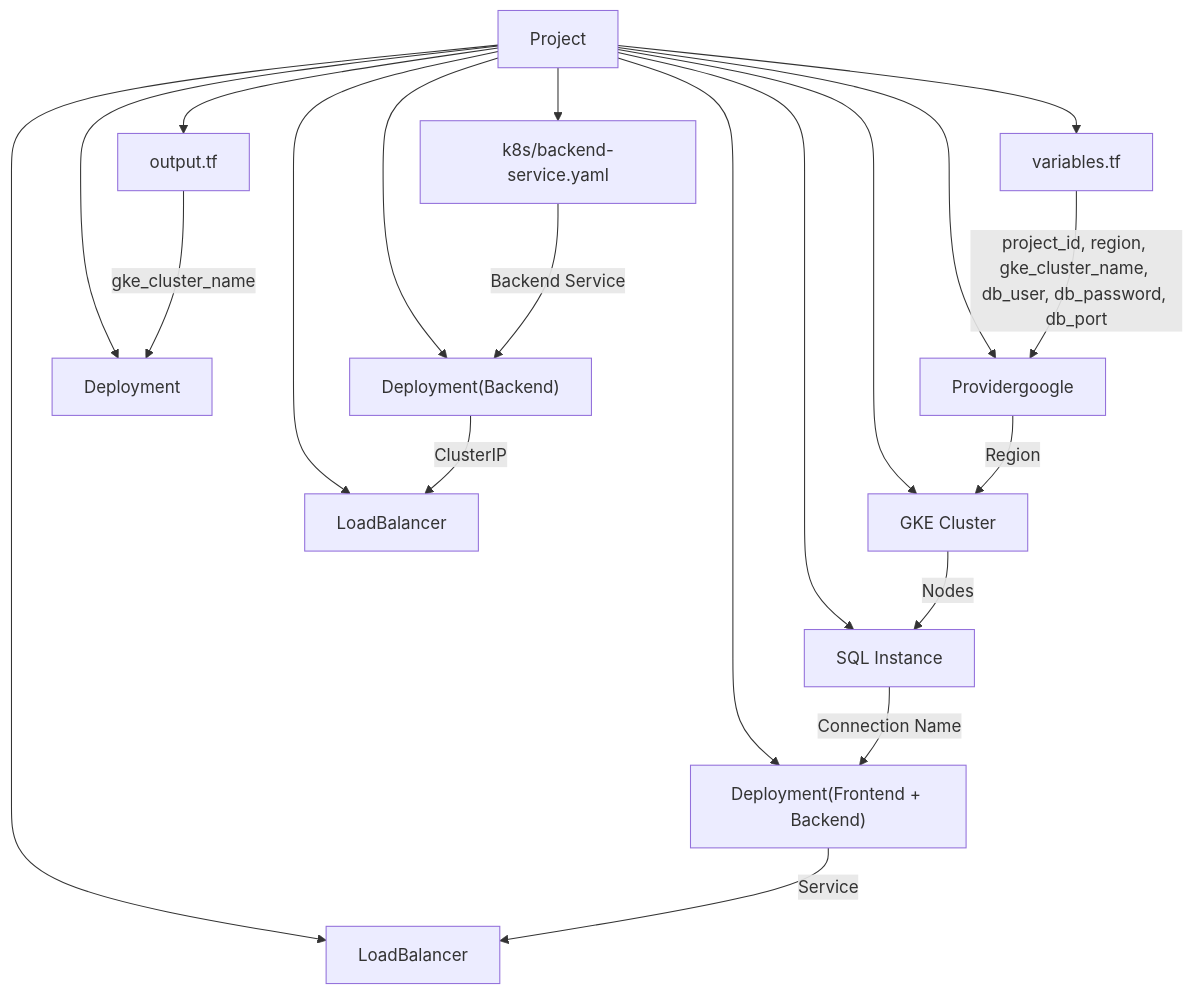
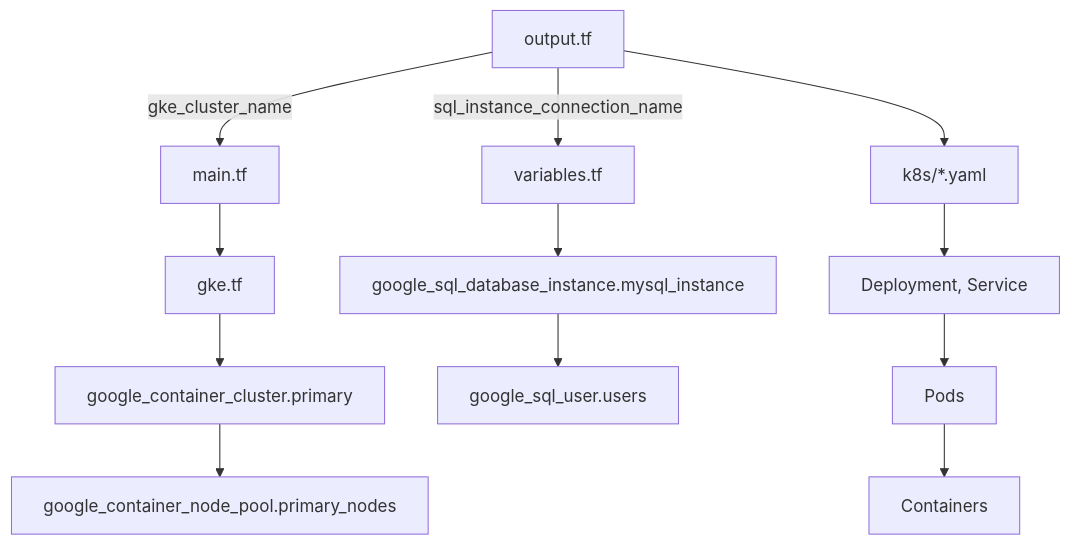
One commit to Hacka25/webapp changed the second of 2 diagrams in README.md. Above: the diagram before and after it, drawn with Mermaid. The commit also changed other lines of this file, not shown here.

Commit message:
[skip-autodocs] Update README and architecture diagram

````diff
--- a/README.md
+++ b/README.md
@@ -47,22 +47,14 @@
 ```mermaid
 graph TD
-A[Project] --> B[output.tf]
-A --> C[variables.tf]
-A --> D[main.tf]
-A --> E[gke.tf]
-A --> F[sql.tf]
-A --> G["k8s/deployment.yaml"]
-A --> H["k8s/service.yaml"]
-A --> I["k8s/backend-service.yaml"]
-A --> J["k8s/frontend-deployment.yaml"]
-A --> K["k8s/backend-deployment.yaml"]
-A --> L["k8s/frontend-service.yaml"]
-B --> |"gke_cluster_name"|J["Deployment"]
-C --> |"project_id, region, gke_cluster_name, db_user, db_password, db_port"|D["Providergoogle"]
-D --> |"Region"|E["GKE Cluster"]
-E --> |"Nodes"|F["SQL Instance"]
-F --> |"Connection Name"|G["Deployment(Frontend + Backend)"]
-G --> |"Service"|H[LoadBalancer]
-I --> |"Backend Service"|K["Deployment(Backend)"]
-K --> |"ClusterIP"|L[LoadBalancer]
+A[output.tf] --> |gke_cluster_name|B[main.tf]
+B --> C[gke.tf]
+C --> D[google_container_cluster.primary]
+D --> E[google_container_node_pool.primary_nodes]
+A --> |sql_instance_connection_name|F[variables.tf]
+F --> G[google_sql_database_instance.mysql_instance]
+G --> H[google_sql_user.users]
+A --> I["k8s/*.yaml"]
+I --> J[Deployment, Service]
+J --> K[Pods]
+K --> L[Containers]
 ```
````
